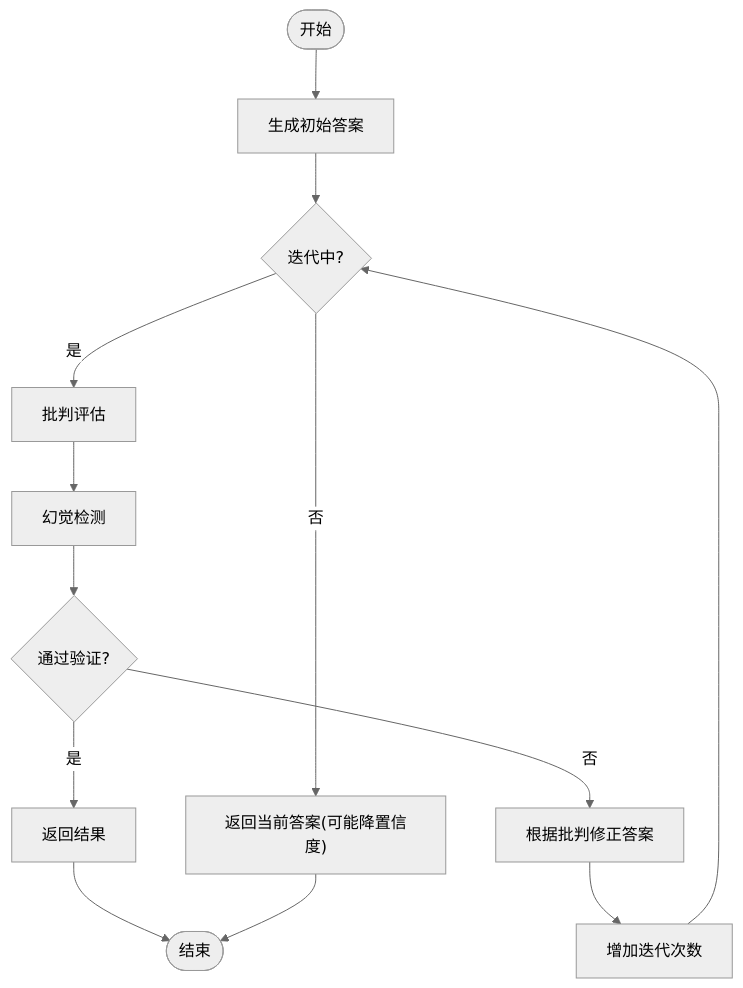
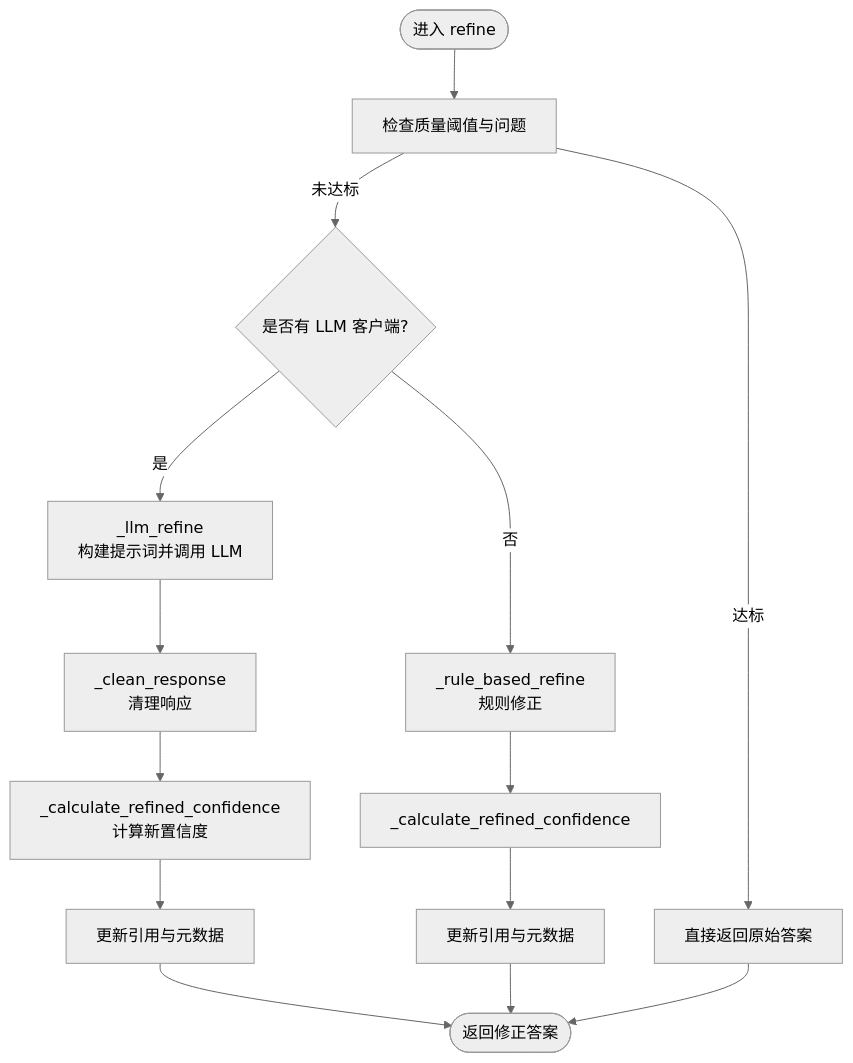
One commit to JieGaoPrinceton/NecoRAG changed the third of 5 diagrams in .qoder/repowiki/zh/content/巩固层模块/重构器组件.md. Above: the diagram before and after it, drawn with Mermaid (neutral theme). The commit also changed other lines of this file and 181 other files, not shown here.

````diff
--- a/.qoder/repowiki/zh/content/巩固层模块/重构器组件.md
+++ b/.qoder/repowiki/zh/content/巩固层模块/重构器组件.md
@@ -151,15 +174,16 @@
 ```mermaid
 flowchart TD
-Start(["开始"]) --> Gen["生成初始答案"]
-Gen --> Loop{"迭代中?"}
-Loop --> |是| Crit["批判评估"]
-Crit --> Hal["幻觉检测"]
-Hal --> Pass{"通过验证?"}
-Pass --> |是| Return["返回结果"]
-Pass --> |否| Refine["根据批判修正答案"]
-Refine --> Inc["增加迭代次数"]
-Inc --> Loop
-Loop --> |否| Final["返回当前答案(可能降置信度)"]
-Return --> End(["结束"])
-Final --> End
+Start(["进入 refine"]) --> CheckQuality["检查质量阈值与问题"]
+CheckQuality --> |达标| ReturnOriginal["直接返回原始答案"]
+CheckQuality --> |未达标| HasLLM{"是否有 LLM 客户端?"}
+HasLLM --> |是| LLMRefine["_llm_refine<br/>构建提示词并调用 LLM"]
+HasLLM --> |否| RuleRefine["_rule_based_refine<br/>规则修正"]
+LLMRefine --> CleanResp["_clean_response<br/>清理响应"]
+CleanResp --> CalcConf["_calculate_refined_confidence<br/>计算新置信度"]
+CalcConf --> UpdateCits["更新引用与元数据"]
+RuleRefine --> CalcConfRule["_calculate_refined_confidence"]
+CalcConfRule --> UpdateCitsRule["更新引用与元数据"]
+UpdateCits --> End(["返回修正答案"])
+UpdateCitsRule --> End
+ReturnOriginal --> End
 ```
````
